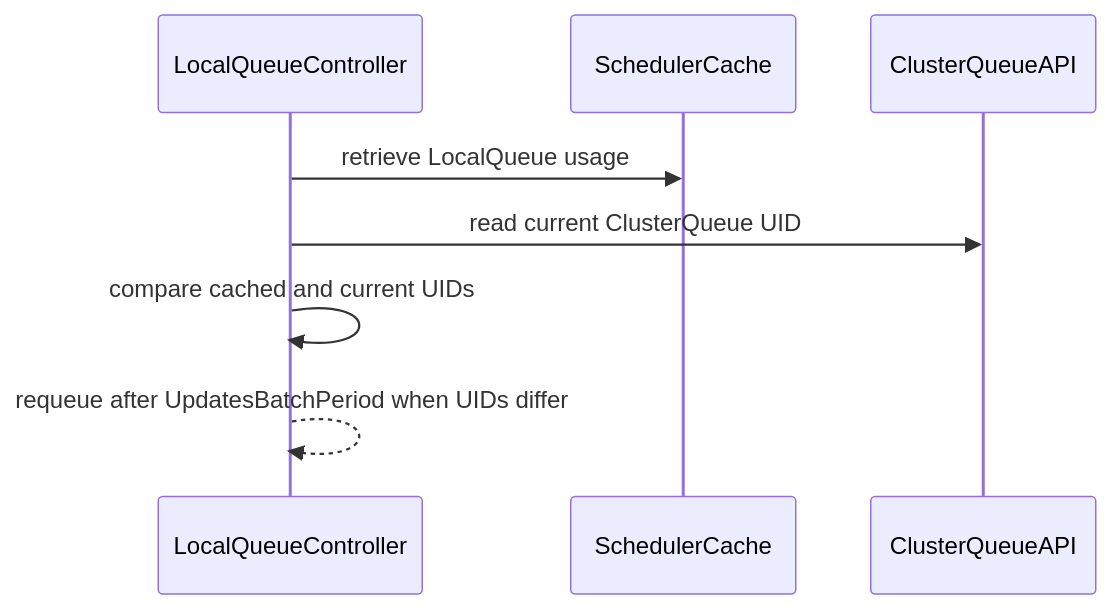
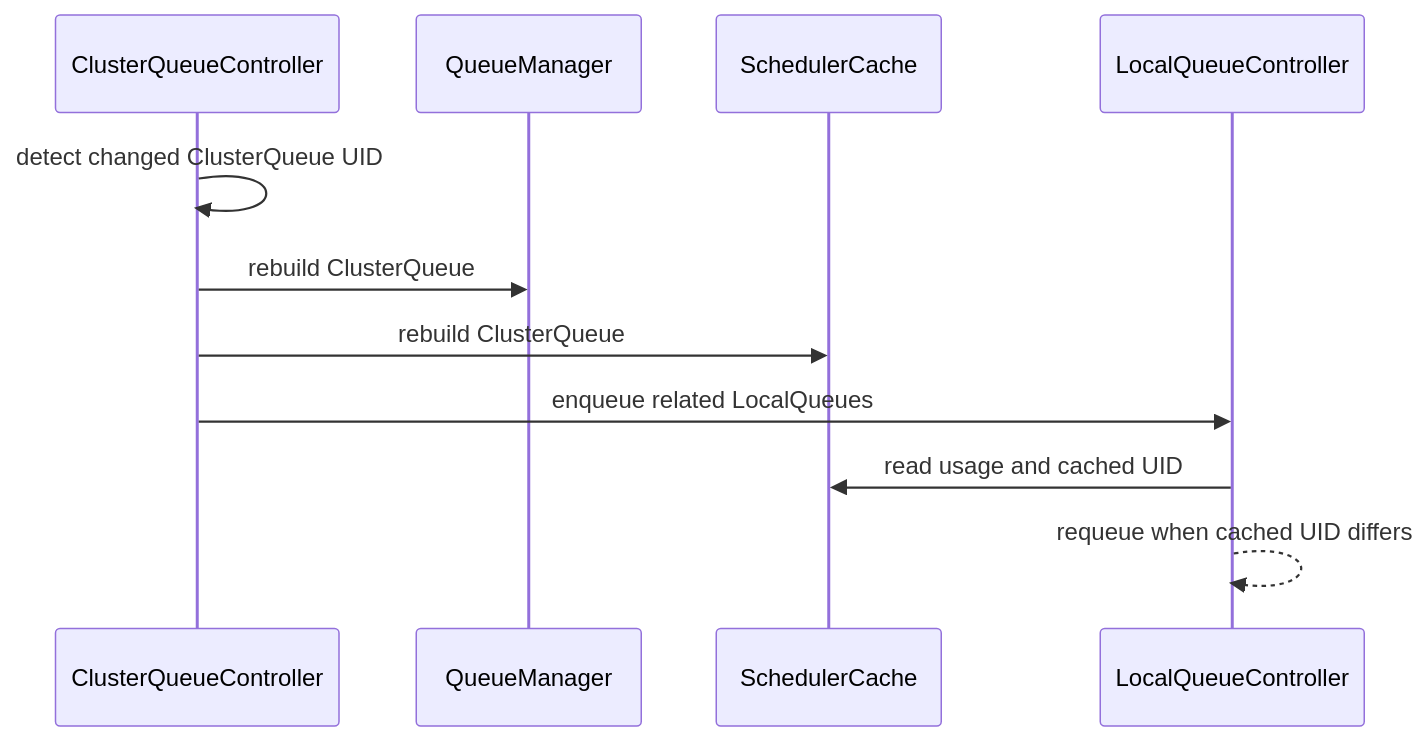
Before and after one commit to reruno/kueue-llm-wiki: the diagram in raw/github/kubernetes-sigs__kueue/pr-14735.md, drawn with Mermaid. The commit also changed other lines of this file and 952 other files, not shown here.

````diff
--- a/raw/github/kubernetes-sigs__kueue/pr-14735.md
+++ b/raw/github/kubernetes-sigs__kueue/pr-14735.md
@@ -172,10 +131,13 @@
 ```mermaid
 sequenceDiagram
+  participant ClusterQueueController
+  participant QueueManager
+  participant SchedulerCache
   participant LocalQueueController
-  participant SchedulerCache
-  participant ClusterQueueAPI
-  LocalQueueController->>SchedulerCache: retrieve LocalQueue usage
-  LocalQueueController->>ClusterQueueAPI: read current ClusterQueue UID
-  LocalQueueController->>LocalQueueController: compare cached and current UIDs
-  LocalQueueController-->>LocalQueueController: requeue after UpdatesBatchPeriod when UIDs differ
+  ClusterQueueController->>ClusterQueueController: detect changed ClusterQueue UID
+  ClusterQueueController->>QueueManager: rebuild ClusterQueue
+  ClusterQueueController->>SchedulerCache: rebuild ClusterQueue
+  ClusterQueueController->>LocalQueueController: enqueue related LocalQueues
+  LocalQueueController->>SchedulerCache: read usage and cached UID
+  LocalQueueController-->>LocalQueueController: requeue when cached UID differs
 ```
````
